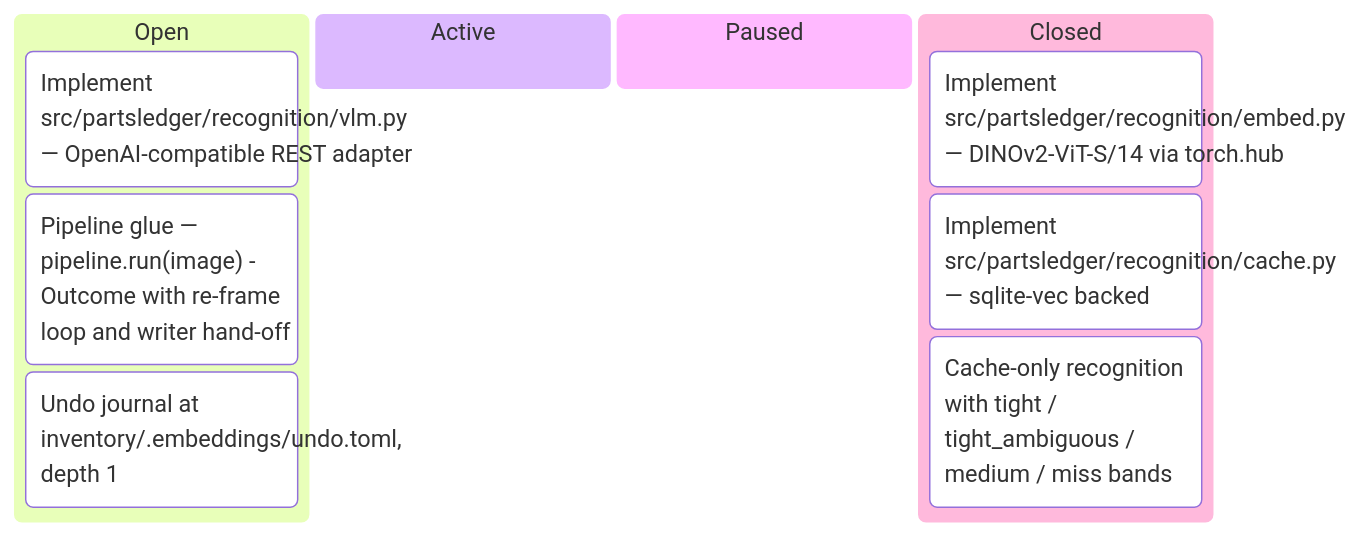
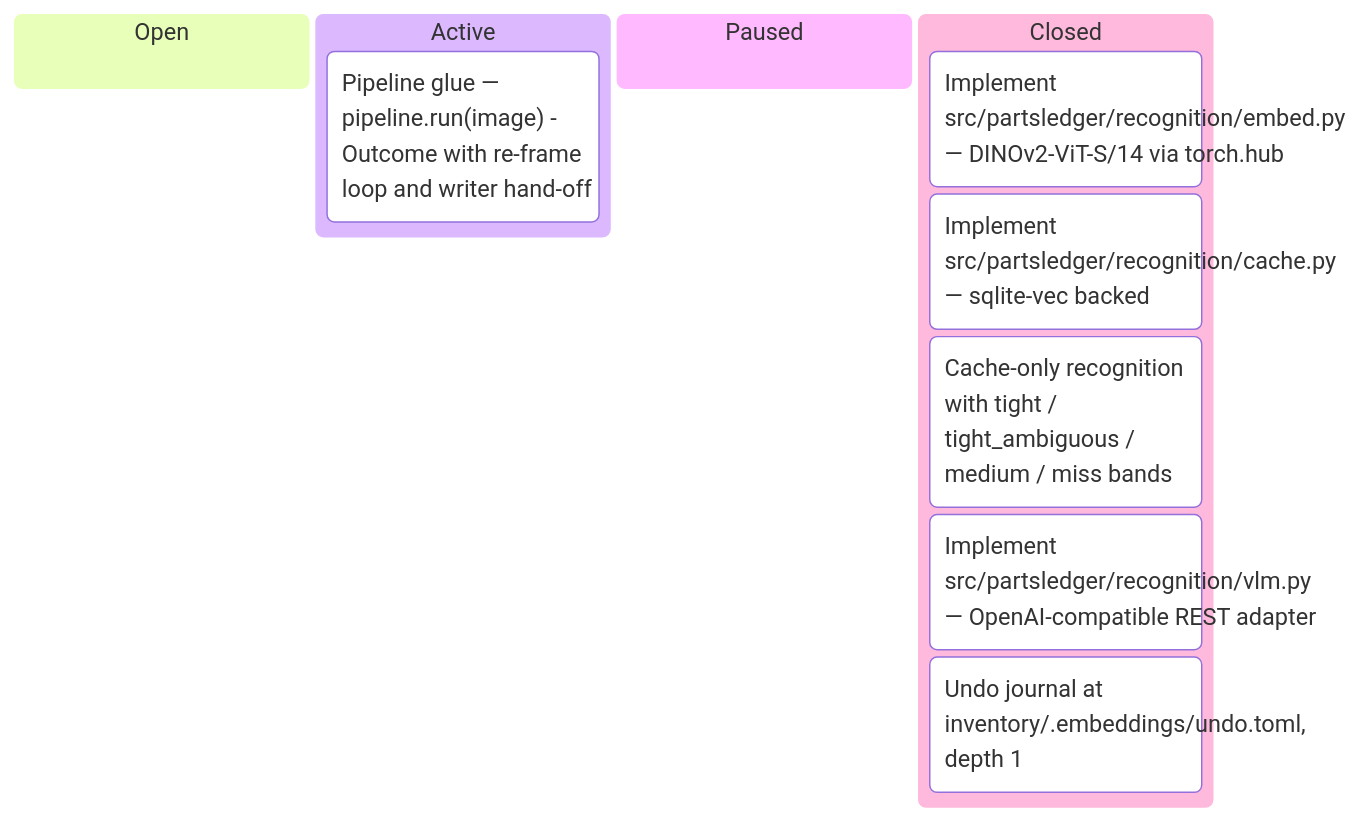
The seventh of 7 diagrams in docs/developers/tasks/KANBAN.md (tgd1975/PartsLedger), drawn with Mermaid before and after one commit. The commit also changed other lines of this file and 14 other files, not shown here.

First line of the commit message:
recognition: VLM adapter, pipeline glue, undo journal (TASK-042/043/044)

````diff
--- a/docs/developers/tasks/KANBAN.md
+++ b/docs/developers/tasks/KANBAN.md
@@ -112,13 +112,13 @@
 ```mermaid
 kanban
   Open
-    TASK_042["Implement src/partsledger/recognition/vlm.py — OpenAI-compatible REST adapter"]
+  Active
     TASK_043["Pipeline glue — pipeline.run(image) - Outcome with re-frame loop and writer hand-off"]
-    TASK_044["Undo journal at inventory/.embeddings/undo.toml, depth 1"]
-  Active
   Paused
   Closed
     TASK_039["Implement src/partsledger/recognition/embed.py — DINOv2-ViT-S/14 via torch.hub"]
     TASK_040["Implement src/partsledger/recognition/cache.py — sqlite-vec backed"]
     TASK_041["Cache-only recognition with tight / tight_ambiguous / medium / miss bands"]
+    TASK_042["Implement src/partsledger/recognition/vlm.py — OpenAI-compatible REST adapter"]
+    TASK_044["Undo journal at inventory/.embeddings/undo.toml, depth 1"]
 ```
````
